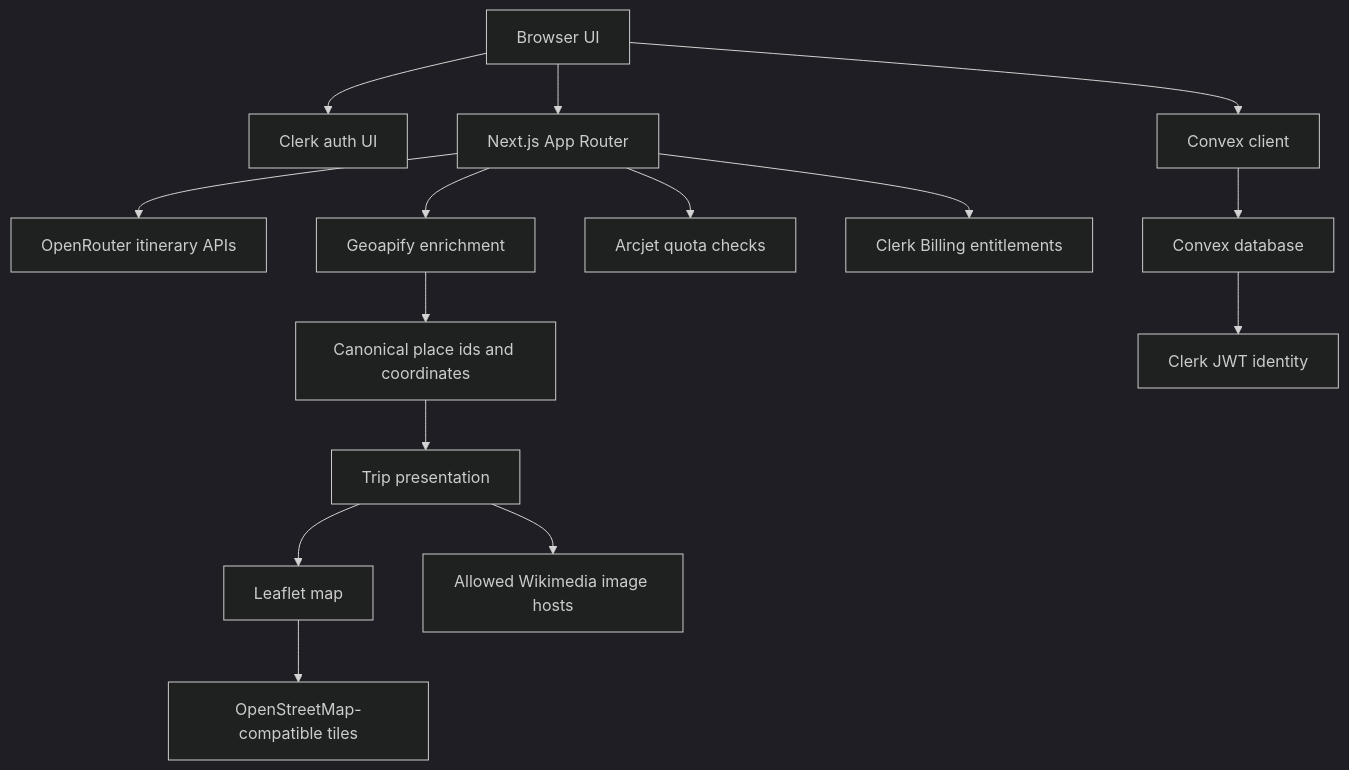
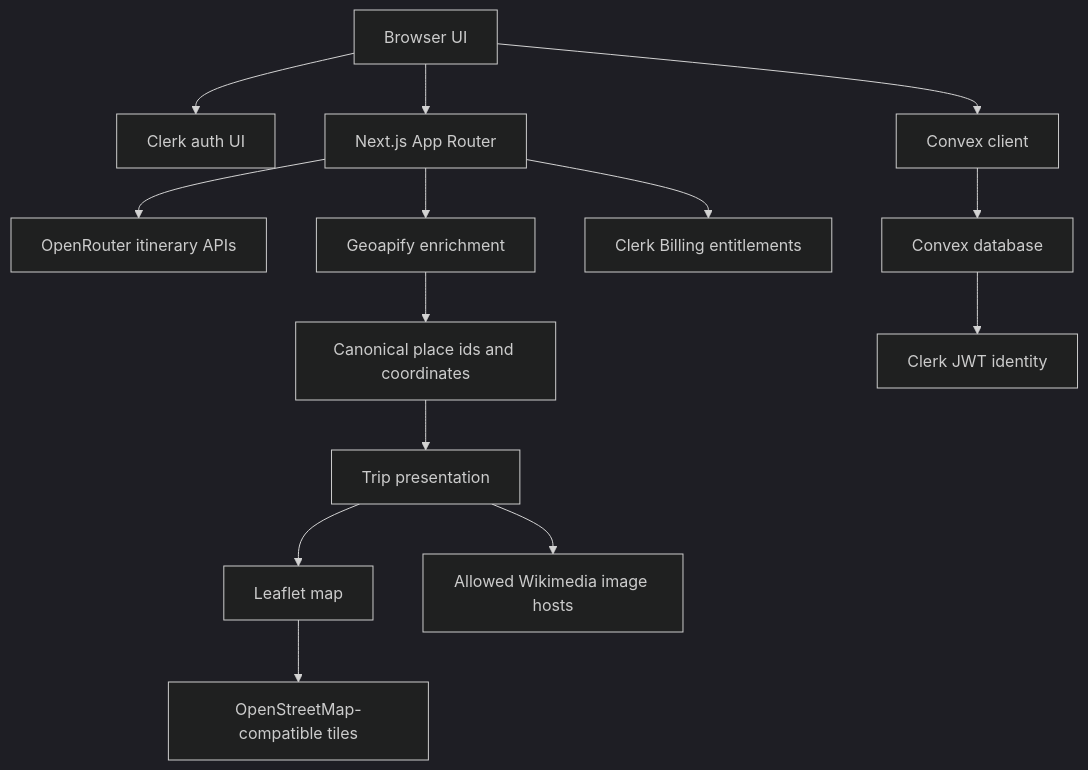
One commit to mohammad30395/AI-Trip-Planner changed the second of 2 diagrams in README.md. Above: the diagram before and after it, drawn with Mermaid (dark theme). The commit also changed other lines of this file and 24 other files, not shown here.

````diff
--- a/README.md
+++ b/README.md
@@ -45,20 +44,19 @@
 ```mermaid
 flowchart TD
   Browser[Browser UI] --> ClerkClient[Clerk auth UI]
   Browser --> NextRoutes[Next.js App Router]
   Browser --> ConvexClient[Convex client]
 
   NextRoutes --> OpenRouter[OpenRouter itinerary APIs]
   NextRoutes --> Geoapify[Geoapify enrichment]
-  NextRoutes --> Arcjet[Arcjet quota checks]
   NextRoutes --> ClerkBilling[Clerk Billing entitlements]
 
   ConvexClient --> Convex[Convex database]
   Convex --> ClerkJWT[Clerk JWT identity]
 
   Geoapify --> PlaceData[Canonical place ids and coordinates]
   PlaceData --> TripUI[Trip presentation]
   TripUI --> Leaflet[Leaflet map]
   Leaflet --> OSM[OpenStreetMap-compatible tiles]
   TripUI --> Images[Allowed Wikimedia image hosts]
 ```
````
